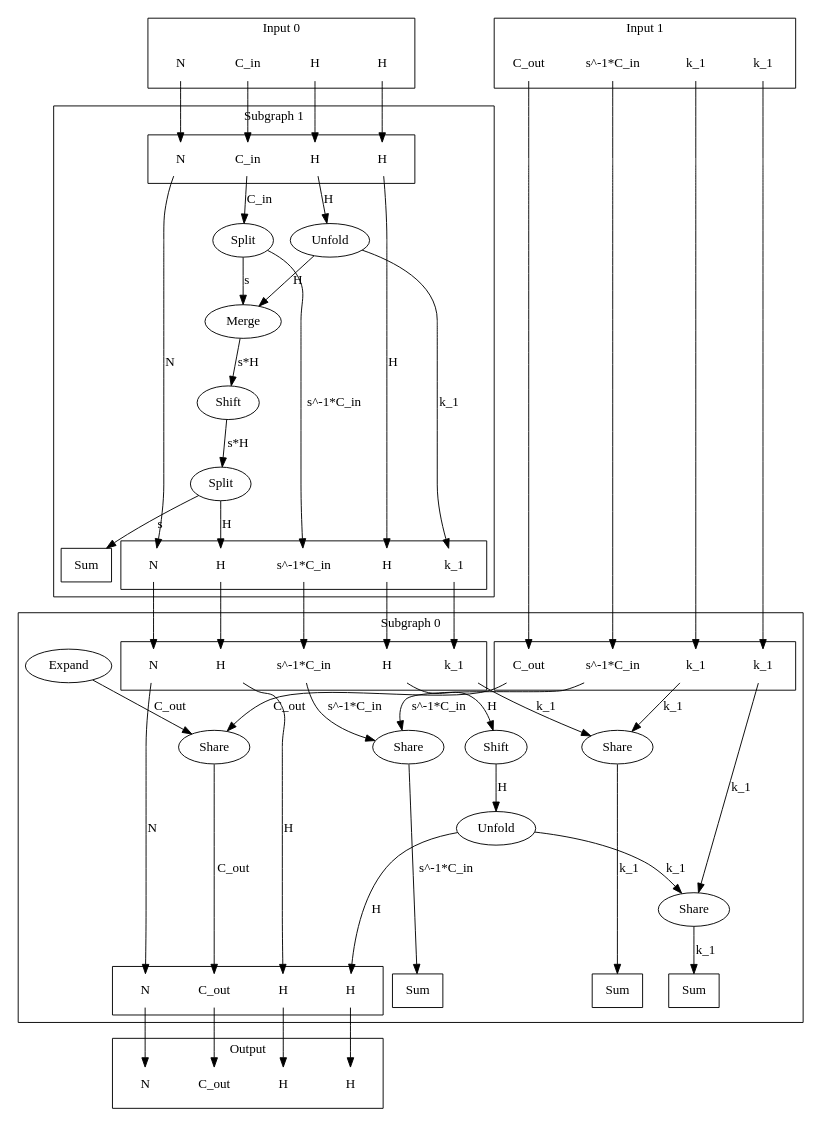
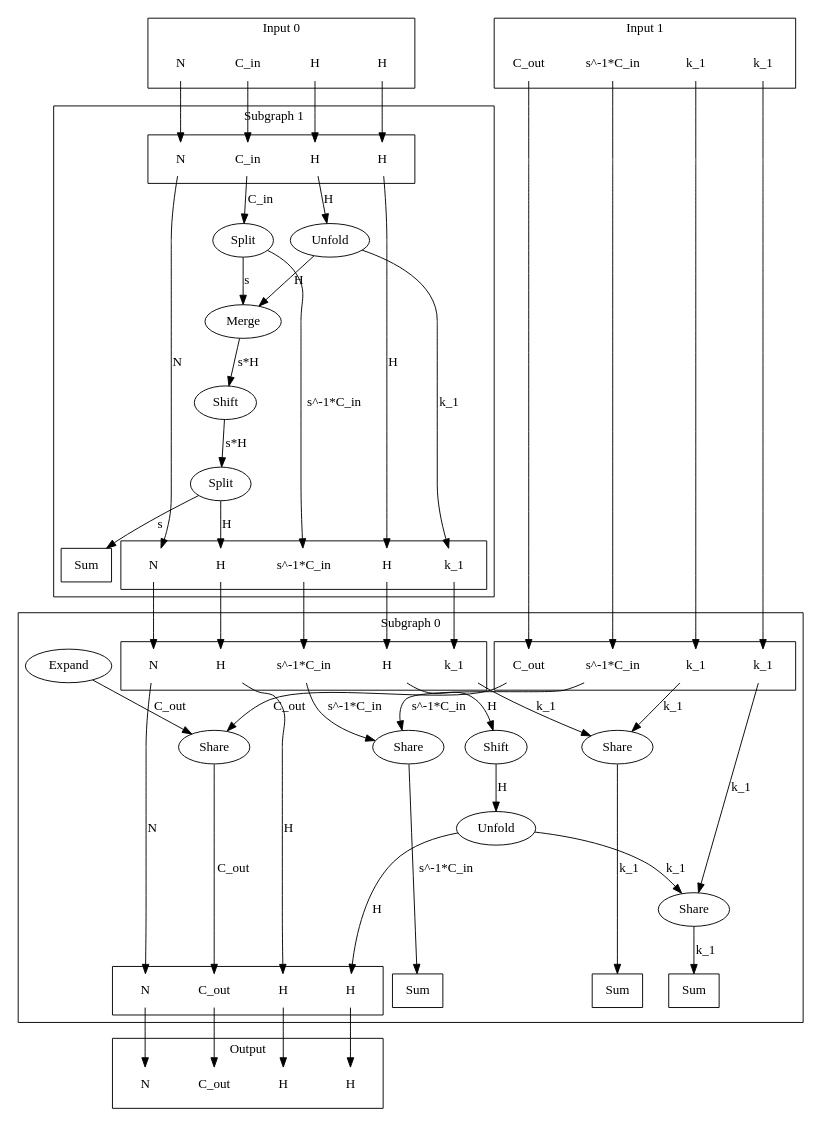
The diagram in data/vision/a100/good-kernels-imagenet/resnet18/06726_11877750221072847753/kernel_scheduler_dir/kernel_dfg.dot (Yongqi-Zhuo/Syno-AE), drawn with Graphviz before and after one commit. The commit also changed 509 other files, not shown here.

```diff
--- a/data/vision/a100/good-kernels-imagenet/resnet18/06726_11877750221072847753/kernel_scheduler_dir/kernel_dfg.dot
+++ b/data/vision/a100/good-kernels-imagenet/resnet18/06726_11877750221072847753/kernel_scheduler_dir/kernel_dfg.dot
@@ -5,198 +5,198 @@
 subgraph cluster_subgraph_0 {
     label = "Subgraph 0";
     // Reductions.
-    reduce_0x7effd8001a98 [label="Sum", shape=box];
-    reduce_0x7effd8001ab0 [label="Sum", shape=box];
-    reduce_0x7effd8005640 [label="Sum", shape=box];
+    reduce_0x7ef2c8001a98 [label="Sum", shape=box];
+    reduce_0x7ef2c8005540 [label="Sum", shape=box];
+    reduce_0x7ef2c8001ab0 [label="Sum", shape=box];
     // Output.
     subgraph cluster_subgraph_0_out {
         label = "";
-        interface_0_out_0x55a308c0a8f0 [label="N", shape=none];
-        interface_0_out_0x55a308c0a918 [label="C_out", shape=none];
-        interface_0_out_0x55a308c0a940 [label="H", shape=none];
-        interface_0_out_0x55a308c0a968 [label="H", shape=none];
+        interface_0_out_0x55acfaae6490 [label="N", shape=none];
+        interface_0_out_0x55acfaae64b8 [label="C_out", shape=none];
+        interface_0_out_0x55acfaae64e0 [label="H", shape=none];
+        interface_0_out_0x55acfaae6508 [label="H", shape=none];
     }
     {
         rank = same;
-        reduce_0x7effd8001a98;
-        reduce_0x7effd8001ab0;
-        reduce_0x7effd8005640;
-        interface_0_out_0x55a308c0a8f0;
-        interface_0_out_0x55a308c0a918;
-        interface_0_out_0x55a308c0a940;
-        interface_0_out_0x55a308c0a968;
+        reduce_0x7ef2c8001a98;
+        reduce_0x7ef2c8005540;
+        reduce_0x7ef2c8001ab0;
+        interface_0_out_0x55acfaae6490;
+        interface_0_out_0x55acfaae64b8;
+        interface_0_out_0x55acfaae64e0;
+        interface_0_out_0x55acfaae6508;
     }
     // Input 0.
     subgraph cluster_subgraph_0_in_0 {
         label = "";
-        interface_0_in_0x55a308c0a8f0 [label="N", shape=none];
-        interface_0_in_0x55a3093ce490 [label="s^-1*C_in", shape=none];
-        interface_0_in_0x55a308c0a940 [label="H", shape=none];
-        interface_0_in_0x55a3093b8810 [label="k_1", shape=none];
-        interface_0_in_0x55a3093b97d0 [label="H", shape=none];
+        interface_0_in_0x55acfaae6490 [label="N", shape=none];
+        interface_0_in_0x55ad0b705d10 [label="k_1", shape=none];
+        interface_0_in_0x55acfaae64e0 [label="H", shape=none];
+        interface_0_in_0x55ad0b757330 [label="s^-1*C_in", shape=none];
+        interface_0_in_0x55ad0b7074b0 [label="H", shape=none];
     }
     // Input 1.
     subgraph cluster_subgraph_0_in_1 {
         label = "";
-        interface_0_in_0x55a3093ce4a8 [label="s^-1*C_in", shape=none];
-        interface_0_in_0x55a3093b8828 [label="k_1", shape=none];
-        interface_0_in_0x55a3093b88c8 [label="k_1", shape=none];
-        interface_0_in_0x55a3093b8738 [label="C_out", shape=none];
+        interface_0_in_0x55ad0b705c38 [label="C_out", shape=none];
+        interface_0_in_0x55ad0b705d28 [label="k_1", shape=none];
+        interface_0_in_0x55ad0b757348 [label="s^-1*C_in", shape=none];
+        interface_0_in_0x55ad0b705ff8 [label="k_1", shape=none];
     }
     {
         rank = same;
-        interface_0_in_0x55a308c0a8f0;
-        interface_0_in_0x55a3093ce490;
-        interface_0_in_0x55a308c0a940;
-        interface_0_in_0x55a3093b8810;
-        interface_0_in_0x55a3093b97d0;
-        interface_0_in_0x55a3093ce4a8;
-        interface_0_in_0x55a3093b8828;
-        interface_0_in_0x55a3093b88c8;
-        interface_0_in_0x55a3093b8738;
+        interface_0_in_0x55acfaae6490;
+        interface_0_in_0x55ad0b705d10;
+        interface_0_in_0x55acfaae64e0;
+        interface_0_in_0x55ad0b757330;
+        interface_0_in_0x55ad0b7074b0;
+        interface_0_in_0x55ad0b705c38;
+        interface_0_in_0x55ad0b705d28;
+        interface_0_in_0x55ad0b757348;
+        interface_0_in_0x55ad0b705ff8;
     }
     // Op's.
-    op_0x55a3093b8700 [label="Share"];
-    op_0x55a3093b87f0 [label="Share"];
-    op_0x55a3093b8890 [label="Share"];
-    op_0x55a3093b8c98 [label="Expand"];
-    op_0x55a3093b97b0 [label="Shift"];
-    op_0x55a3093bbb80 [label="Unfold"];
-    op_0x55a3093ce470 [label="Share"];
+    op_0x55ad0b705c00 [label="Share"];
+    op_0x55ad0b705cf0 [label="Share"];
+    op_0x55ad0b705fc0 [label="Share"];
+    op_0x55ad0b706138 [label="Expand"];
+    op_0x55ad0b707490 [label="Shift"];
+    op_0x55ad0b71c5c0 [label="Unfold"];
+    op_0x55ad0b757310 [label="Share"];
     // Dimension's.
-    interface_0_in_0x55a308c0a8f0 -> interface_0_out_0x55a308c0a8f0 [label="N"];
-    op_0x55a3093b8700 -> interface_0_out_0x55a308c0a918 [label="C_out"];
-    interface_0_in_0x55a308c0a940 -> interface_0_out_0x55a308c0a940 [label="H"];
-    op_0x55a3093bbb80 -> interface_0_out_0x55a308c0a968 [label="H"];
-    op_0x55a3093b8c98 -> op_0x55a3093b8700 [label="C_out"];
-    interface_0_in_0x55a3093b8738 -> op_0x55a3093b8700 [label="C_out"];
-    interface_0_in_0x55a3093b8810 -> op_0x55a3093b87f0 [label="k_1"];
-    interface_0_in_0x55a3093b8828 -> op_0x55a3093b87f0 [label="k_1"];
-    op_0x55a3093bbb80 -> op_0x55a3093b8890 [label="k_1"];
-    interface_0_in_0x55a3093b88c8 -> op_0x55a3093b8890 [label="k_1"];
-    interface_0_in_0x55a3093b97d0 -> op_0x55a3093b97b0 [label="H"];
-    op_0x55a3093b97b0 -> op_0x55a3093bbb80 [label="H"];
-    interface_0_in_0x55a3093ce490 -> op_0x55a3093ce470 [label="s^-1*C_in"];
-    interface_0_in_0x55a3093ce4a8 -> op_0x55a3093ce470 [label="s^-1*C_in"];
-    op_0x55a3093b87f0 -> reduce_0x7effd8001a98 [label="k_1"];
-    op_0x55a3093b8890 -> reduce_0x7effd8001ab0 [label="k_1"];
-    op_0x55a3093ce470 -> reduce_0x7effd8005640 [label="s^-1*C_in"];
+    interface_0_in_0x55acfaae6490 -> interface_0_out_0x55acfaae6490 [label="N"];
+    op_0x55ad0b705c00 -> interface_0_out_0x55acfaae64b8 [label="C_out"];
+    interface_0_in_0x55acfaae64e0 -> interface_0_out_0x55acfaae64e0 [label="H"];
+    op_0x55ad0b71c5c0 -> interface_0_out_0x55acfaae6508 [label="H"];
+    op_0x55ad0b706138 -> op_0x55ad0b705c00 [label="C_out"];
+    interface_0_in_0x55ad0b705c38 -> op_0x55ad0b705c00 [label="C_out"];
+    interface_0_in_0x55ad0b705d10 -> op_0x55ad0b705cf0 [label="k_1"];
+    interface_0_in_0x55ad0b705d28 -> op_0x55ad0b705cf0 [label="k_1"];
+    op_0x55ad0b71c5c0 -> op_0x55ad0b705fc0 [label="k_1"];
+    interface_0_in_0x55ad0b705ff8 -> op_0x55ad0b705fc0 [label="k_1"];
+    interface_0_in_0x55ad0b7074b0 -> op_0x55ad0b707490 [label="H"];
+    op_0x55ad0b707490 -> op_0x55ad0b71c5c0 [label="H"];
+    interface_0_in_0x55ad0b757330 -> op_0x55ad0b757310 [label="s^-1*C_in"];
+    interface_0_in_0x55ad0b757348 -> op_0x55ad0b757310 [label="s^-1*C_in"];
+    op_0x55ad0b705cf0 -> reduce_0x7ef2c8001a98 [label="k_1"];
+    op_0x55ad0b705fc0 -> reduce_0x7ef2c8001ab0 [label="k_1"];
+    op_0x55ad0b757310 -> reduce_0x7ef2c8005540 [label="s^-1*C_in"];
 }
 
 // Stage tensor.
 subgraph cluster_subgraph_1 {
     label = "Subgraph 1";
     // Reductions.
-    reduce_0x7effd8002ce8 [label="Sum", shape=box];
+    reduce_0x7ef2c8002ce8 [label="Sum", shape=box];
     // Output.
     subgraph cluster_subgraph_1_out {
         label = "";
-        interface_1_out_0x55a308c0a8f0 [label="N", shape=none];
-        interface_1_out_0x55a3093ce490 [label="s^-1*C_in", shape=none];
-        interface_1_out_0x55a308c0a940 [label="H", shape=none];
-        interface_1_out_0x55a3093b8810 [label="k_1", shape=none];
-        interface_1_out_0x55a3093b97d0 [label="H", shape=none];
+        interface_1_out_0x55acfaae6490 [label="N", shape=none];
+        interface_1_out_0x55ad0b705d10 [label="k_1", shape=none];
+        interface_1_out_0x55acfaae64e0 [label="H", shape=none];
+        interface_1_out_0x55ad0b757330 [label="s^-1*C_in", shape=none];
+        interface_1_out_0x55ad0b7074b0 [label="H", shape=none];
     }
     {
         rank = same;
-        reduce_0x7effd8002ce8;
-        interface_1_out_0x55a308c0a8f0;
-        interface_1_out_0x55a3093ce490;
-        interface_1_out_0x55a308c0a940;
-        interface_1_out_0x55a3093b8810;
-        interface_1_out_0x55a3093b97d0;
+        reduce_0x7ef2c8002ce8;
+        interface_1_out_0x55acfaae6490;
+        interface_1_out_0x55ad0b705d10;
+        interface_1_out_0x55acfaae64e0;
+        interface_1_out_0x55ad0b757330;
+        interface_1_out_0x55ad0b7074b0;
     }
     // Input 0.
     subgraph cluster_subgraph_1_in_0 {
         label = "";
-        interface_1_in_0x55a308c0a8f0 [label="N", shape=none];
-        interface_1_in_0x55a308d95950 [label="C_in", shape=none];
-        interface_1_in_0x55a3093bbb68 [label="H", shape=none];
-        interface_1_in_0x55a3093b97d0 [label="H", shape=none];
+        interface_1_in_0x55acfaae6490 [label="N", shape=none];
+        interface_1_in_0x55ad0b7679b0 [label="C_in", shape=none];
+        interface_1_in_0x55ad0b71c7a8 [label="H", shape=none];
+        interface_1_in_0x55ad0b7074b0 [label="H", shape=none];
     }
     {
         rank = same;
-        interface_1_in_0x55a308c0a8f0;
-        interface_1_in_0x55a308d95950;
-        interface_1_in_0x55a3093bbb68;
-        interface_1_in_0x55a3093b97d0;
+        interface_1_in_0x55acfaae6490;
+        interface_1_in_0x55ad0b7679b0;
+        interface_1_in_0x55ad0b71c7a8;
+        interface_1_in_0x55ad0b7074b0;
     }
     // Op's.
-    op_0x55a308d95910 [label="Split"];
-    op_0x55a3093b9600 [label="Shift"];
-    op_0x55a3093bb570 [label="Merge"];
-    op_0x55a3093bbb40 [label="Unfold"];
-    op_0x55a3093bdd60 [label="Split"];
+    op_0x55ad0b707310 [label="Shift"];
+    op_0x55ad0b707ea0 [label="Split"];
+    op_0x55ad0b70c680 [label="Merge"];
+    op_0x55ad0b71c780 [label="Unfold"];
+    op_0x55ad0b767970 [label="Split"];
     // Dimension's.
-    interface_1_in_0x55a308c0a8f0 -> interface_1_out_0x55a308c0a8f0 [label="N"];
-    op_0x55a3093bdd60 -> interface_1_out_0x55a308c0a940 [label="H"];
-    interface_1_in_0x55a308d95950 -> op_0x55a308d95910 [label="C_in"];
-    op_0x55a3093bbb40 -> interface_1_out_0x55a3093b8810 [label="k_1"];
-    op_0x55a3093bb570 -> op_0x55a3093b9600 [label="s*H"];
-    interface_1_in_0x55a3093b97d0 -> interface_1_out_0x55a3093b97d0 [label="H"];
-    op_0x55a3093bbb40 -> op_0x55a3093bb570 [label="H"];
-    op_0x55a308d95910 -> op_0x55a3093bb570 [label="s"];
-    interface_1_in_0x55a3093bbb68 -> op_0x55a3093bbb40 [label="H"];
-    op_0x55a3093b9600 -> op_0x55a3093bdd60 [label="s*H"];
-    op_0x55a308d95910 -> interface_1_out_0x55a3093ce490 [label="s^-1*C_in"];
-    op_0x55a3093bdd60 -> reduce_0x7effd8002ce8 [label="s"];
+    interface_1_in_0x55acfaae6490 -> interface_1_out_0x55acfaae6490 [label="N"];
+    op_0x55ad0b707ea0 -> interface_1_out_0x55acfaae64e0 [label="H"];
+    op_0x55ad0b71c780 -> interface_1_out_0x55ad0b705d10 [label="k_1"];
+    op_0x55ad0b70c680 -> op_0x55ad0b707310 [label="s*H"];
+    interface_1_in_0x55ad0b7074b0 -> interface_1_out_0x55ad0b7074b0 [label="H"];
+    op_0x55ad0b707310 -> op_0x55ad0b707ea0 [label="s*H"];
+    op_0x55ad0b71c780 -> op_0x55ad0b70c680 [label="H"];
+    op_0x55ad0b767970 -> op_0x55ad0b70c680 [label="s"];
+    interface_1_in_0x55ad0b71c7a8 -> op_0x55ad0b71c780 [label="H"];
+    op_0x55ad0b767970 -> interface_1_out_0x55ad0b757330 [label="s^-1*C_in"];
+    interface_1_in_0x55ad0b7679b0 -> op_0x55ad0b767970 [label="C_in"];
+    op_0x55ad0b707ea0 -> reduce_0x7ef2c8002ce8 [label="s"];
 }
 
 // Input tensor.
 subgraph cluster_subgraph_2 {
     label = "Input 0";
-    interface_2_out_0x55a308c0a8f0 [label="N", shape=none];
-    interface_2_out_0x55a308d95950 [label="C_in", shape=none];
-    interface_2_out_0x55a3093bbb68 [label="H", shape=none];
-    interface_2_out_0x55a3093b97d0 [label="H", shape=none];
+    interface_2_out_0x55acfaae6490 [label="N", shape=none];
+    interface_2_out_0x55ad0b7679b0 [label="C_in", shape=none];
+    interface_2_out_0x55ad0b71c7a8 [label="H", shape=none];
+    interface_2_out_0x55ad0b7074b0 [label="H", shape=none];
 }
 
-interface_2_out_0x55a308c0a8f0 -> interface_1_in_0x55a308c0a8f0;
-interface_2_out_0x55a308d95950 -> interface_1_in_0x55a308d95950;
-interface_2_out_0x55a3093bbb68 -> interface_1_in_0x55a3093bbb68;
-interface_2_out_0x55a3093b97d0 -> interface_1_in_0x55a3093b97d0;
+interface_2_out_0x55acfaae6490 -> interface_1_in_0x55acfaae6490;
+interface_2_out_0x55ad0b7679b0 -> interface_1_in_0x55ad0b7679b0;
+interface_2_out_0x55ad0b71c7a8 -> interface_1_in_0x55ad0b71c7a8;
+interface_2_out_0x55ad0b7074b0 -> interface_1_in_0x55ad0b7074b0;
 
-interface_1_out_0x55a308c0a8f0 -> interface_0_in_0x55a308c0a8f0;
-interface_1_out_0x55a3093ce490 -> interface_0_in_0x55a3093ce490;
-interface_1_out_0x55a308c0a940 -> interface_0_in_0x55a308c0a940;
-interface_1_out_0x55a3093b8810 -> interface_0_in_0x55a3093b8810;
-interface_1_out_0x55a3093b97d0 -> interface_0_in_0x55a3093b97d0;
+interface_1_out_0x55acfaae6490 -> interface_0_in_0x55acfaae6490;
+interface_1_out_0x55ad0b705d10 -> interface_0_in_0x55ad0b705d10;
+interface_1_out_0x55acfaae64e0 -> interface_0_in_0x55acfaae64e0;
+interface_1_out_0x55ad0b757330 -> interface_0_in_0x55ad0b757330;
+interface_1_out_0x55ad0b7074b0 -> interface_0_in_0x55ad0b7074b0;
 
 // Input tensor.
 subgraph cluster_subgraph_3 {
     label = "Input 1";
-    interface_3_out_0x55a3093ce4a8 [label="s^-1*C_in", shape=none];
-    interface_3_out_0x55a3093b8828 [label="k_1", shape=none];
-    interface_3_out_0x55a3093b88c8 [label="k_1", shape=none];
-    interface_3_out_0x55a3093b8738 [label="C_out", shape=none];
+    interface_3_out_0x55ad0b705c38 [label="C_out", shape=none];
+    interface_3_out_0x55ad0b705d28 [label="k_1", shape=none];
+    interface_3_out_0x55ad0b757348 [label="s^-1*C_in", shape=none];
+    interface_3_out_0x55ad0b705ff8 [label="k_1", shape=none];
 }
 
-interface_3_out_0x55a3093ce4a8 -> interface_0_in_0x55a3093ce4a8;
-interface_3_out_0x55a3093b8828 -> interface_0_in_0x55a3093b8828;
-interface_3_out_0x55a3093b88c8 -> interface_0_in_0x55a3093b88c8;
-interface_3_out_0x55a3093b8738 -> interface_0_in_0x55a3093b8738;
+interface_3_out_0x55ad0b705c38 -> interface_0_in_0x55ad0b705c38;
+interface_3_out_0x55ad0b705d28 -> interface_0_in_0x55ad0b705d28;
+interface_3_out_0x55ad0b757348 -> interface_0_in_0x55ad0b757348;
+interface_3_out_0x55ad0b705ff8 -> interface_0_in_0x55ad0b705ff8;
 
 {
     rank = same;
-    interface_2_out_0x55a308c0a8f0;
-    interface_2_out_0x55a308d95950;
-    interface_2_out_0x55a3093bbb68;
-    interface_2_out_0x55a3093b97d0;
-    interface_3_out_0x55a3093ce4a8;
-    interface_3_out_0x55a3093b8828;
-    interface_3_out_0x55a3093b88c8;
-    interface_3_out_0x55a3093b8738;
+    interface_2_out_0x55acfaae6490;
+    interface_2_out_0x55ad0b7679b0;
+    interface_2_out_0x55ad0b71c7a8;
+    interface_2_out_0x55ad0b7074b0;
+    interface_3_out_0x55ad0b705c38;
+    interface_3_out_0x55ad0b705d28;
+    interface_3_out_0x55ad0b757348;
+    interface_3_out_0x55ad0b705ff8;
 }
 subgraph cluster_subgraph_output {
     label = "Output";
-    interface_4_in_0x55a308c0a8f0 [label="N", shape=none];
-    interface_4_in_0x55a308c0a918 [label="C_out", shape=none];
-    interface_4_in_0x55a308c0a940 [label="H", shape=none];
-    interface_4_in_0x55a308c0a968 [label="H", shape=none];
+    interface_4_in_0x55acfaae6490 [label="N", shape=none];
+    interface_4_in_0x55acfaae64b8 [label="C_out", shape=none];
+    interface_4_in_0x55acfaae64e0 [label="H", shape=none];
+    interface_4_in_0x55acfaae6508 [label="H", shape=none];
 }
-interface_0_out_0x55a308c0a8f0 -> interface_4_in_0x55a308c0a8f0;
-interface_0_out_0x55a308c0a918 -> interface_4_in_0x55a308c0a918;
-interface_0_out_0x55a308c0a940 -> interface_4_in_0x55a308c0a940;
-interface_0_out_0x55a308c0a968 -> interface_4_in_0x55a308c0a968;
+interface_0_out_0x55acfaae6490 -> interface_4_in_0x55acfaae6490;
+interface_0_out_0x55acfaae64b8 -> interface_4_in_0x55acfaae64b8;
+interface_0_out_0x55acfaae64e0 -> interface_4_in_0x55acfaae64e0;
+interface_0_out_0x55acfaae6508 -> interface_4_in_0x55acfaae6508;
 
 }
```
